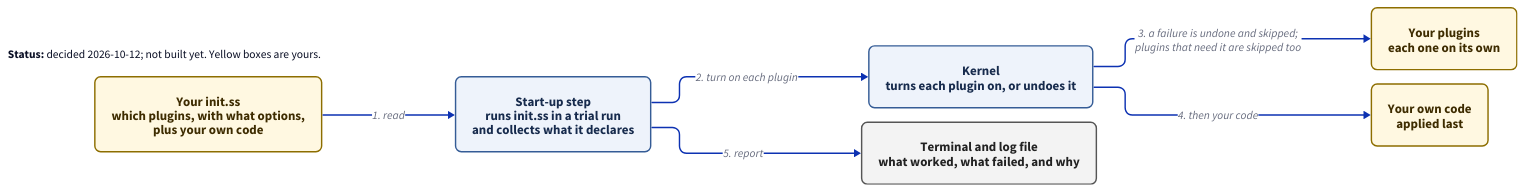
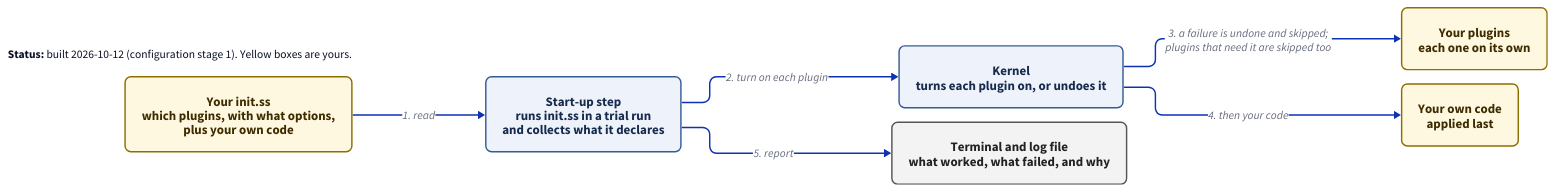
One commit to jaybonthius/tuna changed the diagram in docs/diagrams/config-startup.d2. Above: the diagram before and after it, drawn with D2. The commit also changed 9 other files, not shown here.

```diff
--- a/docs/diagrams/config-startup.d2
+++ b/docs/diagrams/config-startup.d2
@@ -1,55 +1,55 @@
 # What happens when Tuna starts with your configuration?
 vars: {
   d2-config: {
     layout-engine: elk
     theme-id: 0
   }
 }
 direction: right
 
 classes: {
   yours: {
     style: {
       fill: "#fff8e1"
       stroke: "#8d6e00"
       font-color: "#3e2c00"
       border-radius: 8
       font-size: 18
     }
   }
   tuna: {
     style: {
       fill: "#eef3fb"
       stroke: "#355c96"
       font-color: "#172b4d"
       border-radius: 8
       font-size: 18
     }
   }
   out: {
     style: {
       fill: "#f3f3f3"
       stroke: "#555555"
       font-color: "#222222"
       border-radius: 8
       font-size: 18
     }
   }
 }
 
 legend: |md
-  **Status:** decided 2026-10-12; not built yet. Yellow boxes are yours.
+  **Status:** built 2026-10-12 (configuration stage 1). Yellow boxes are yours.
 |
 
 files: "Your init.ss\nwhich plugins, with what options,\nplus your own code" {class: yours}
 boot: "Start-up step\nruns init.ss in a trial run\nand collects what it declares" {class: tuna}
 kernel: "Kernel\nturns each plugin on, or undoes it" {class: tuna}
 plugins: "Your plugins\neach one on its own" {class: yours}
 init: "Your own code\napplied last" {class: yours}
 terminal: "Terminal and log file\nwhat worked, what failed, and why" {class: out}
 
 files -> boot: "1. read"
 boot -> kernel: "2. turn on each plugin"
 kernel -> plugins: "3. a failure is undone and skipped;\nplugins that need it are skipped too"
 kernel -> init: "4. then your code"
 boot -> terminal: "5. report"
```
